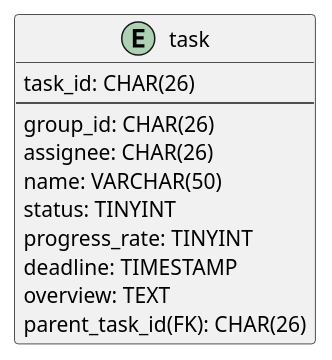
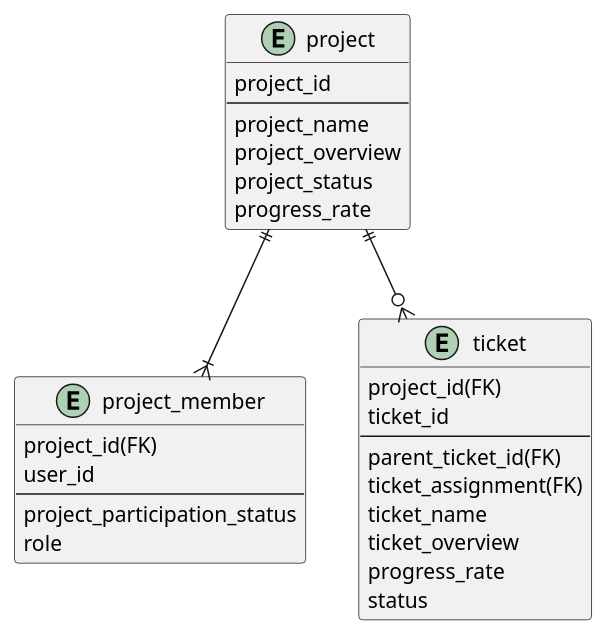
Before and after one commit to h-maki2/my_ddd_sample: the diagram in task_management/modelingDiagram/ERDiagram/taskManagement.pu, drawn with PlantUML. The commit also changed 1 other file, not shown here.

Commit message:
ER図を作成

```diff
--- a/task_management/modelingDiagram/ERDiagram/taskManagement.pu
+++ b/task_management/modelingDiagram/ERDiagram/taskManagement.pu
@@ -1,16 +1,34 @@
-@startuml taskManagement
+@startuml task_management
 
-entity task {
-    task_id: CHAR(26)
+entity project {
+    project_id
     --
-    group_id: CHAR(26)
-    assignee: CHAR(26)
-    name: VARCHAR(50)
-    status: TINYINT
-    progress_rate: TINYINT
-    deadline: TIMESTAMP
-    overview: TEXT
-    parent_task_id(FK): CHAR(26)
+    project_name
+    project_overview
+    project_status
+    progress_rate
 }
 
+entity project_member {
+    project_id(FK)
+    user_id
+    --
+    project_participation_status
+    role
+}
+
+entity ticket {
+    project_id(FK)
+    ticket_id
+    --
+    parent_ticket_id(FK)
+    ticket_assignment(FK)
+    ticket_name
+    ticket_overview
+    progress_rate
+    status
+}
+
+project ||--|{ project_member
+project ||--o{ ticket
 @enduml
```
